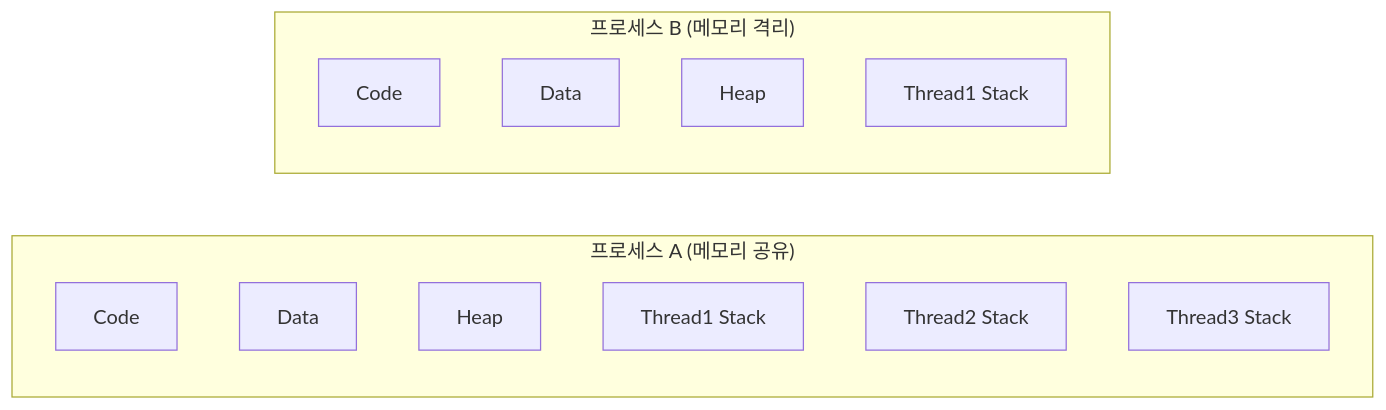
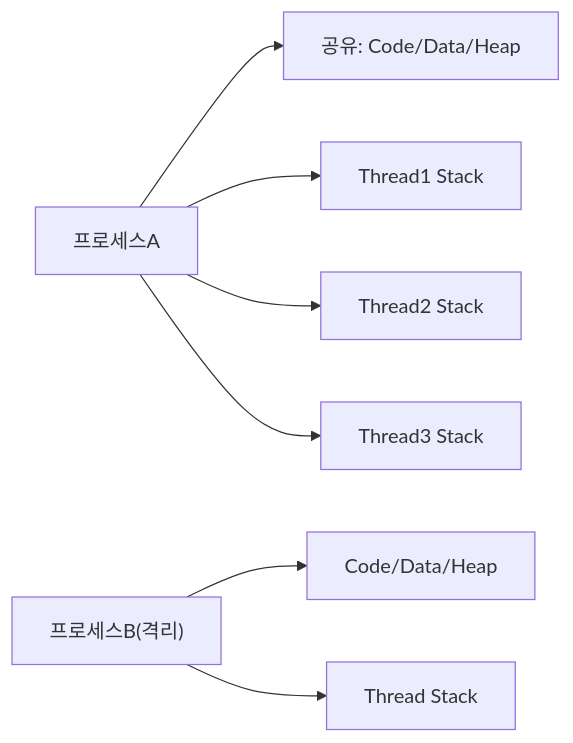
One commit to yjkim2015/yjkim2015.github.io changed the first of 17 diagrams in _posts/java/2026-05-01-java-thread.md. Above: the diagram before and after it, drawn with Mermaid. The commit also changed other lines of this file and 215 other files, not shown here.

First line of the commit message:
신규 포스트 10개 추가 + Mermaid 전면 축소 + SystemDesign 시리즈 보강

````diff
--- a/_posts/java/2026-05-01-java-thread.md
+++ b/_posts/java/2026-05-01-java-thread.md
@@ -26,17 +26,6 @@
 ```mermaid
 graph LR
-  subgraph PA["프로세스 A (메모리 공유)"]
-    A1[Code]
-    A2[Data]
-    A3[Heap]
-    A4[Thread1 Stack]
-    A5[Thread2 Stack]
-    A6[Thread3 Stack]
-  end
-  subgraph PB["프로세스 B (메모리 격리)"]
-    B1[Code]
-    B2[Data]
-    B3[Heap]
-    B4[Thread1 Stack]
-  end
+    PA["프로세스A"] --> SHARED["공유: Code/Data/Heap"]
+    PA --> T1["Thread1 Stack"] & T2["Thread2 Stack"] & T3["Thread3 Stack"]
+    PB["프로세스B(격리)"] --> SB["Code/Data/Heap"] & TB["Thread Stack"]
 ```
````
